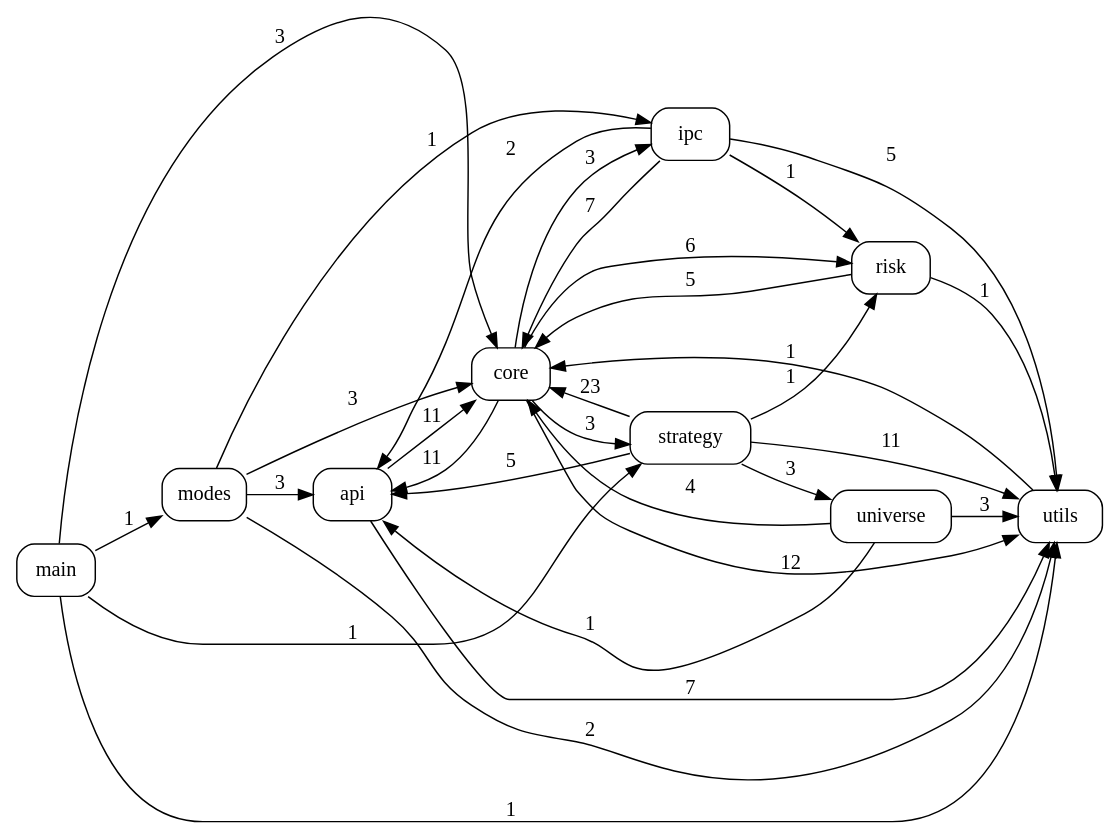
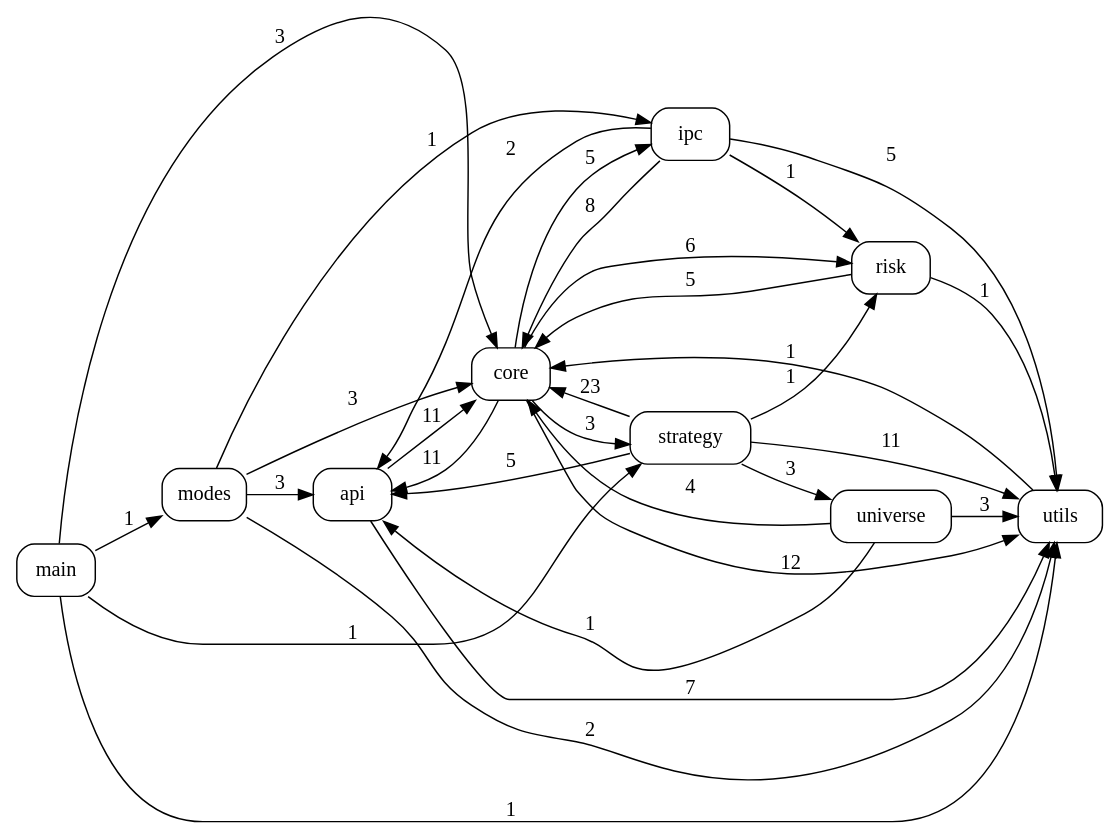
The diagram in docs/code_graph.dot (pypy8171/Quant), drawn with Graphviz before and after one commit. The commit also changed 24 other files, not shown here.

```diff
--- a/docs/code_graph.dot
+++ b/docs/code_graph.dot
@@ -1,43 +1,43 @@
 digraph code_graph {
   rankdir=LR;
   node [shape=box, style=rounded, fontname="Consolas"];
   "api";
   "core";
   "ipc";
   "main";
   "modes";
   "risk";
   "strategy";
   "universe";
   "utils";
   "api" -> "core" [label="11"];
   "api" -> "utils" [label="7"];
   "core" -> "api" [label="11"];
-  "core" -> "ipc" [label="3"];
+  "core" -> "ipc" [label="5"];
   "core" -> "risk" [label="6"];
   "core" -> "strategy" [label="3"];
   "core" -> "utils" [label="12"];
   "ipc" -> "api" [label="2"];
-  "ipc" -> "core" [label="7"];
+  "ipc" -> "core" [label="8"];
   "ipc" -> "risk" [label="1"];
   "ipc" -> "utils" [label="5"];
   "main" -> "core" [label="3"];
   "main" -> "modes" [label="1"];
   "main" -> "strategy" [label="1"];
   "main" -> "utils" [label="1"];
   "modes" -> "api" [label="3"];
   "modes" -> "core" [label="3"];
   "modes" -> "ipc" [label="1"];
   "modes" -> "utils" [label="2"];
   "risk" -> "core" [label="5"];
   "risk" -> "utils" [label="1"];
   "strategy" -> "api" [label="5"];
   "strategy" -> "core" [label="23"];
   "strategy" -> "risk" [label="1"];
   "strategy" -> "universe" [label="3"];
   "strategy" -> "utils" [label="11"];
   "universe" -> "api" [label="1"];
   "universe" -> "core" [label="4"];
   "universe" -> "utils" [label="3"];
   "utils" -> "core" [label="1"];
 }
```
